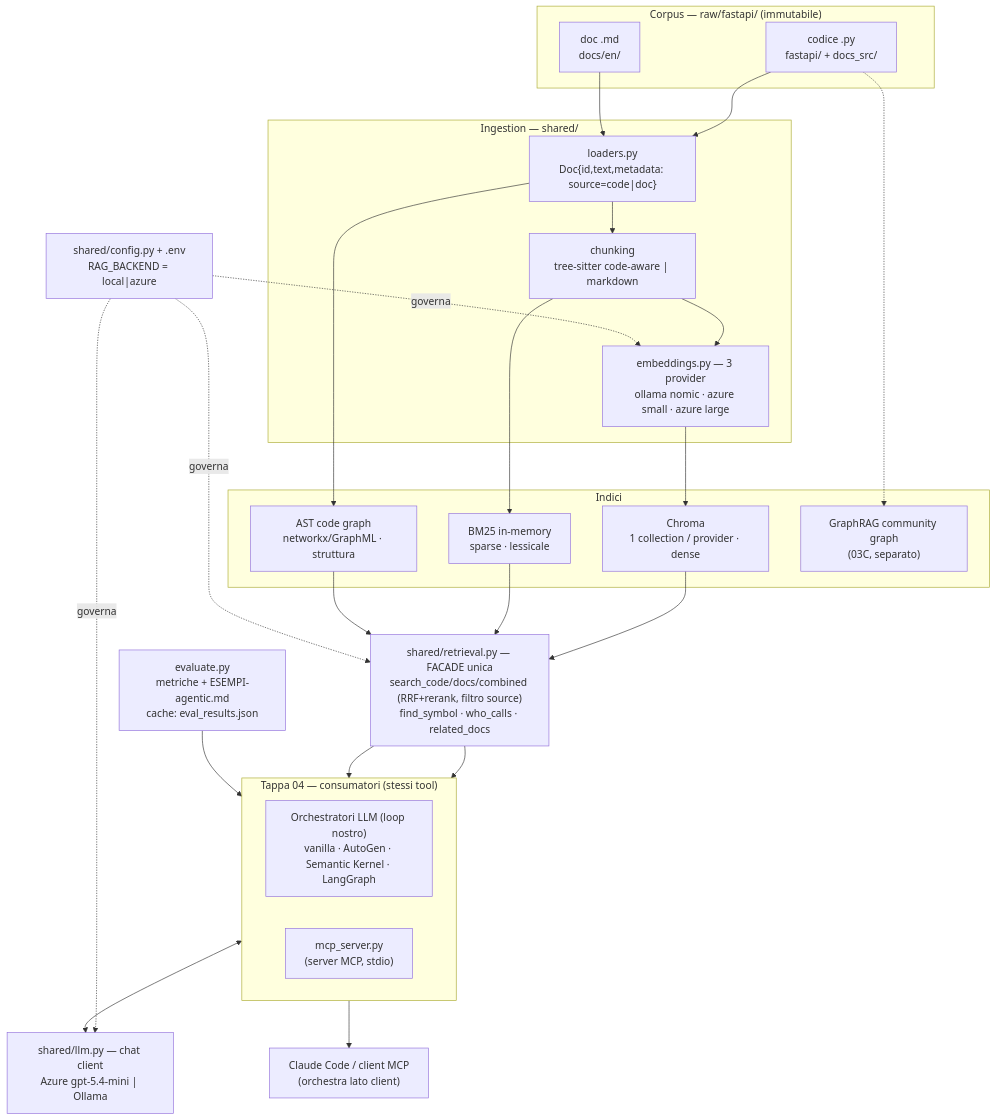
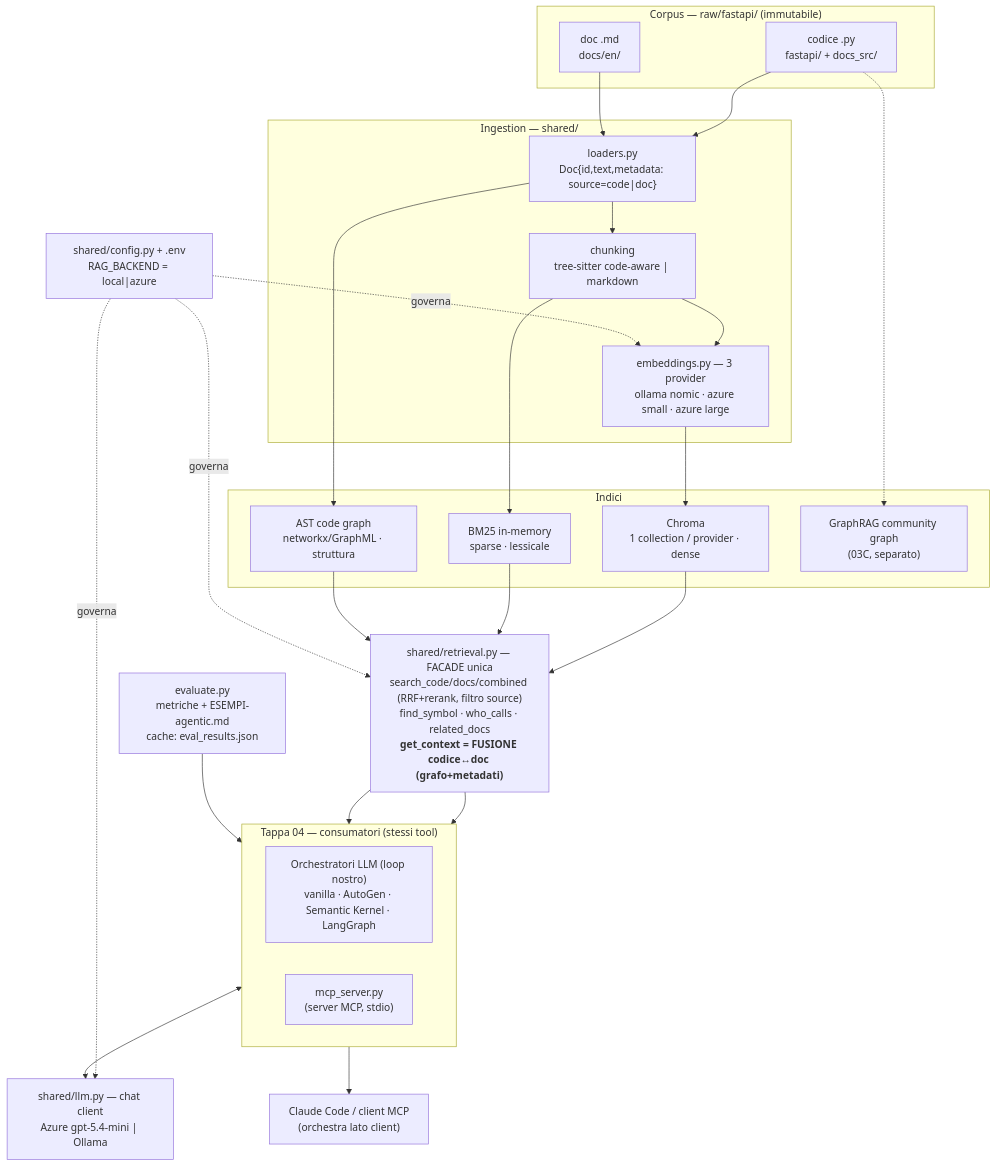
The first of 2 diagrams in wiki/syntheses/architettura-attuale.md (themetriost/Sertor), drawn with Mermaid before and after one commit. The commit also changed other lines of this file and 11 other files, not shown here.

First line of the commit message:
feat(shared): fusione dual-RAG get_context + confronto vs LLM

````diff
--- a/wiki/syntheses/architettura-attuale.md
+++ b/wiki/syntheses/architettura-attuale.md
@@ -19,49 +19,49 @@
 ```mermaid
 flowchart TB
   subgraph SRC["Corpus — raw/fastapi/ (immutabile)"]
     PY["codice .py<br/>fastapi/ + docs_src/"]
     MD["doc .md<br/>docs/en/"]
   end
 
   subgraph ING["Ingestion — shared/"]
     LD["loaders.py<br/>Doc{id,text,metadata: source=code|doc}"]
     CK["chunking<br/>tree-sitter code-aware | markdown"]
     EMB["embeddings.py — 3 provider<br/>ollama nomic · azure small · azure large"]
   end
 
   subgraph IDX["Indici"]
     VEC["Chroma<br/>1 collection / provider · dense"]
     BM["BM25 in-memory<br/>sparse · lessicale"]
     GR["AST code graph<br/>networkx/GraphML · struttura"]
     GRAG["GraphRAG community graph<br/>(03C, separato)"]
   end
 
-  FAC["shared/retrieval.py — FACADE unica<br/>search_code/docs/combined (RRF+rerank, filtro source)<br/>find_symbol · who_calls · related_docs"]
+  FAC["shared/retrieval.py — FACADE unica<br/>search_code/docs/combined (RRF+rerank, filtro source)<br/>find_symbol · who_calls · related_docs<br/><b>get_context = FUSIONE codice↔doc (grafo+metadati)</b>"]
 
   subgraph CONS["Tappa 04 — consumatori (stessi tool)"]
     direction LR
     ORCH["Orchestratori LLM (loop nostro)<br/>vanilla · AutoGen · Semantic Kernel · LangGraph"]
     MCP["mcp_server.py<br/>(server MCP, stdio)"]
   end
 
   LLM["shared/llm.py — chat client<br/>Azure gpt-5.4-mini | Ollama"]
   CLAUDE["Claude Code / client MCP<br/>(orchestra lato client)"]
   EVAL["evaluate.py<br/>metriche + ESEMPI-agentic.md<br/>cache: eval_results.json"]
 
   CFG["shared/config.py + .env<br/>RAG_BACKEND = local|azure"]
 
   PY --> LD; MD --> LD
   LD --> CK --> EMB --> VEC
   CK --> BM
   LD --> GR
   PY -.-> GRAG
   VEC --> FAC; BM --> FAC; GR --> FAC
   FAC --> ORCH
   FAC --> MCP
   ORCH <--> LLM
   MCP --> CLAUDE
   EVAL --> ORCH
   CFG -. governa .-> EMB
   CFG -. governa .-> LLM
   CFG -. governa .-> FAC
 ```
````
